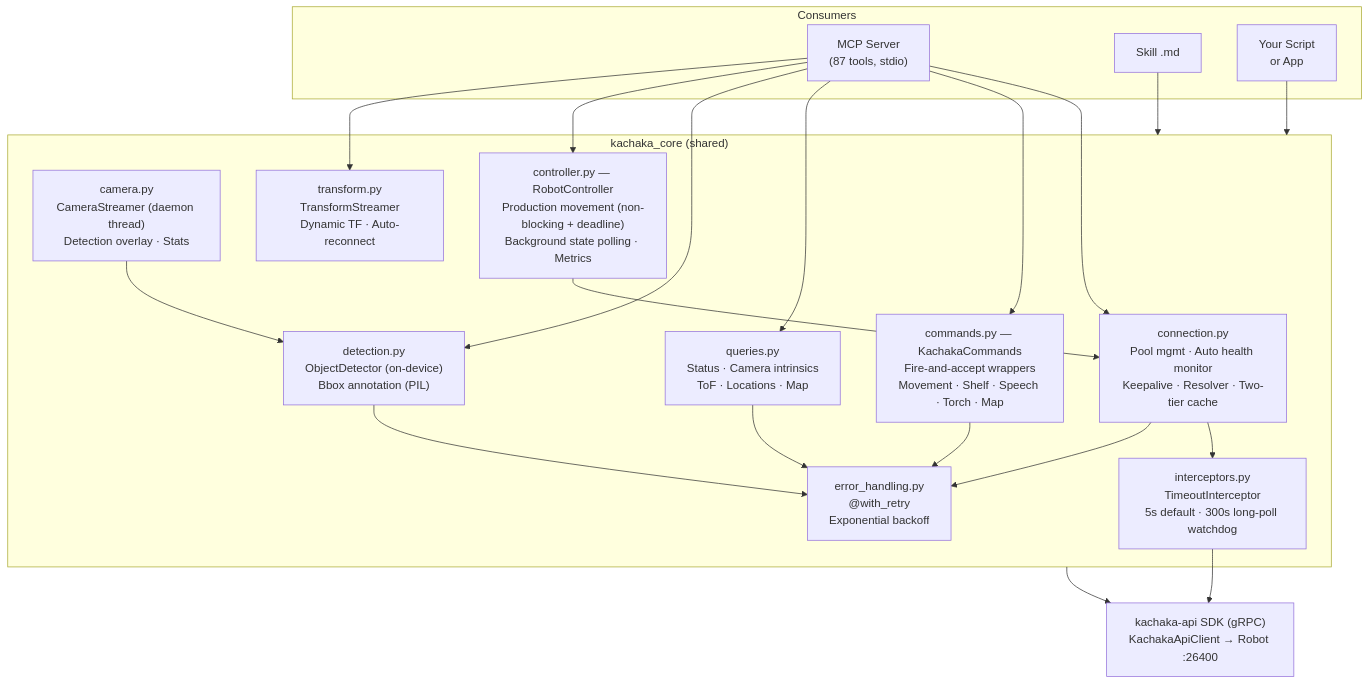
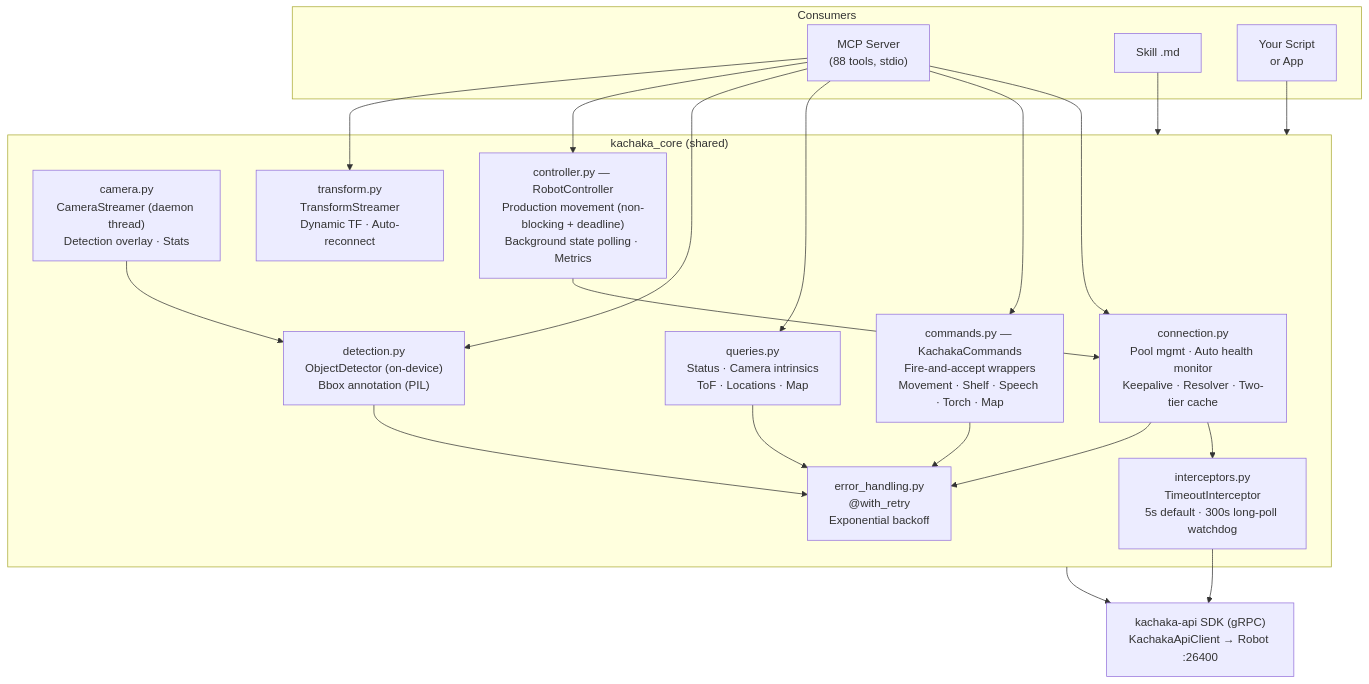
The first of 8 diagrams in README.md (sigmarobotics/kachaka-sdk-toolkit), drawn with Mermaid before and after one commit. The commit also changed other lines of this file and 9 other files, not shown here.

````diff
--- a/README.md
+++ b/README.md
@@ -13,40 +13,40 @@
 ```mermaid
 graph TD
     subgraph Consumers
-        MCP["MCP Server<br/>(87 tools, stdio)"]
+        MCP["MCP Server<br/>(88 tools, stdio)"]
         SKILL["Skill .md"]
         APP["Your Script<br/>or App"]
     end
 
     subgraph kachaka_core["kachaka_core (shared)"]
         CONN["connection.py<br/>Pool mgmt · Auto health monitor<br/>Keepalive · Resolver · Two-tier cache"]
         INT["interceptors.py<br/>TimeoutInterceptor<br/>5s default · 300s long-poll watchdog"]
         CMD["commands.py — KachakaCommands<br/>Fire-and-accept wrappers<br/>Movement · Shelf · Speech · Torch · Map"]
         QRY["queries.py<br/>Status · Camera intrinsics<br/>ToF · Locations · Map"]
         ERR["error_handling.py<br/>@with_retry<br/>Exponential backoff"]
         CAM["camera.py<br/>CameraStreamer (daemon thread)<br/>Detection overlay · Stats"]
         DET["detection.py<br/>ObjectDetector (on-device)<br/>Bbox annotation (PIL)"]
         CTRL["controller.py — RobotController<br/>Production movement (non-blocking + deadline)<br/>Background state polling · Metrics"]
         TF["transform.py<br/>TransformStreamer<br/>Dynamic TF · Auto-reconnect"]
     end
 
     SDK["kachaka-api SDK (gRPC)<br/>KachakaApiClient → Robot :26400"]
 
     MCP --> CONN
     MCP --> CMD
     MCP --> QRY
     MCP --> DET
     MCP --> CTRL
     MCP --> TF
     SKILL --> kachaka_core
     APP --> kachaka_core
     CONN --> INT
     CONN --> ERR
     CMD --> ERR
     QRY --> ERR
     DET --> ERR
     CTRL --> CONN
     CAM --> DET
     INT --> SDK
     kachaka_core --> SDK
 ```
````
